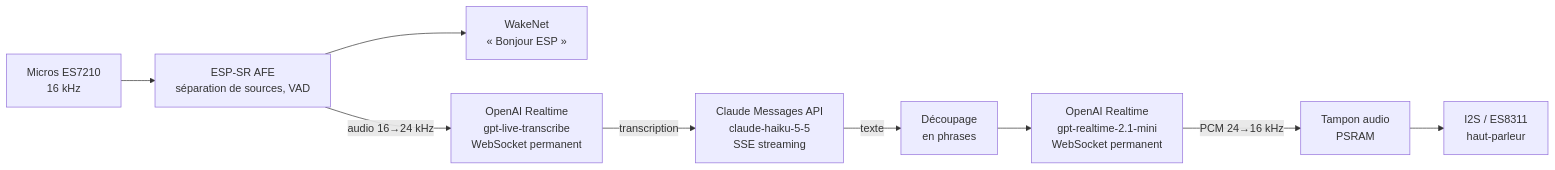
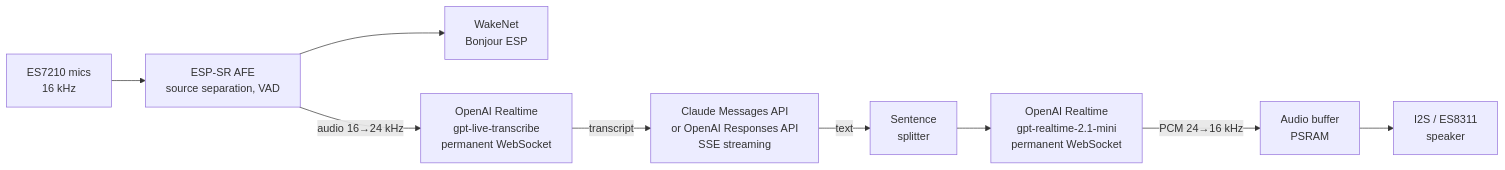
One commit to vletroye/ESP32-S3-Voice-Assistant changed the diagram in README.md. Above: the diagram before and after it, drawn with Mermaid. The commit also changed other lines of this file, not shown here.

````diff
--- a/README.md
+++ b/README.md
@@ -25,11 +30,11 @@
 ```mermaid
 flowchart LR
-    MIC[Micros ES7210<br/>16 kHz] --> AFE[ESP-SR AFE<br/>séparation de sources, VAD]
-    AFE --> WN[WakeNet<br/>« Bonjour ESP »]
-    AFE -->|audio 16→24 kHz| STT[OpenAI Realtime<br/>gpt-live-transcribe<br/>WebSocket permanent]
-    STT -->|transcription| CL[Claude Messages API<br/>claude-haiku-5-5<br/>SSE streaming]
-    CL -->|texte| SPL[Découpage<br/>en phrases]
-    SPL --> TTS[OpenAI Realtime<br/>gpt-realtime-2.1-mini<br/>WebSocket permanent]
-    TTS -->|PCM 24→16 kHz| BUF[Tampon audio<br/>PSRAM]
-    BUF --> SPK[I2S / ES8311<br/>haut-parleur]
+    MIC[ES7210 mics<br/>16 kHz] --> AFE[ESP-SR AFE<br/>source separation, VAD]
+    AFE --> WN[WakeNet<br/>Bonjour ESP]
+    AFE -->|audio 16→24 kHz| STT[OpenAI Realtime<br/>gpt-live-transcribe<br/>permanent WebSocket]
+    STT -->|transcript| LLM[Claude Messages API<br/>or OpenAI Responses API<br/>SSE streaming]
+    LLM -->|text| SPL[Sentence<br/>splitter]
+    SPL --> TTS[OpenAI Realtime<br/>gpt-realtime-2.1-mini<br/>permanent WebSocket]
+    TTS -->|PCM 24→16 kHz| BUF[Audio buffer<br/>PSRAM]
+    BUF --> SPK[I2S / ES8311<br/>speaker]
 ```
````
